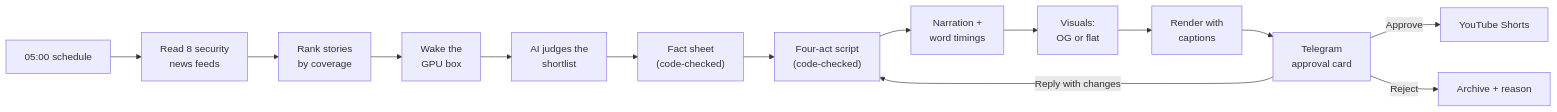
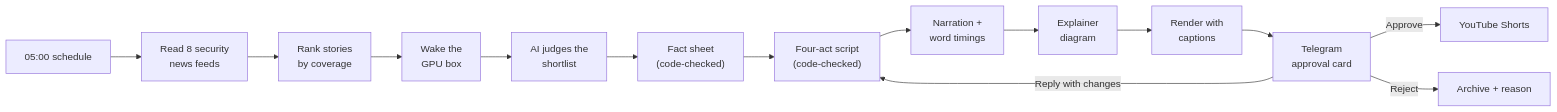
Before and after one commit to yossefhabib/JuiceBot-AI: the second of 2 diagrams in README.md, drawn with Mermaid. The commit also changed other lines of this file, not shown here.

````diff
--- a/README.md
+++ b/README.md
@@ -75,16 +73,16 @@
 ```mermaid
 flowchart LR
     A["05:00 schedule"] --> B["Read 8 security<br>news feeds"]
     B --> C["Rank stories<br>by coverage"]
     C --> D["Wake the<br>GPU box"]
     D --> E["AI judges the<br>shortlist"]
     E --> F["Fact sheet<br>(code-checked)"]
     F --> G["Four-act script<br>(code-checked)"]
     G --> H["Narration +<br>word timings"]
-    H --> I["Visuals:<br>OG or flat"]
+    H --> I["Explainer<br>diagram"]
     I --> J["Render with<br>captions"]
     J --> K["Telegram<br>approval card"]
     K -->|Approve| L["YouTube Shorts"]
     K -->|Reject| M["Archive + reason"]
     K -->|"Reply with changes"| G
 ```
````
